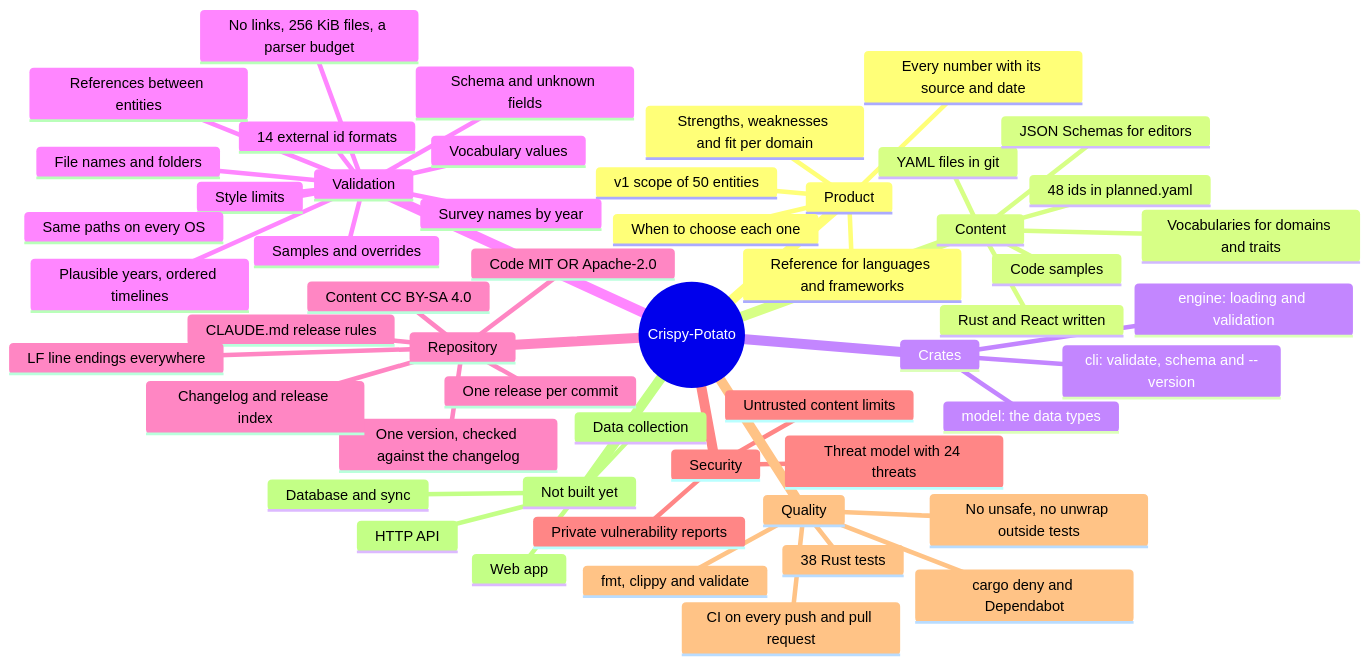
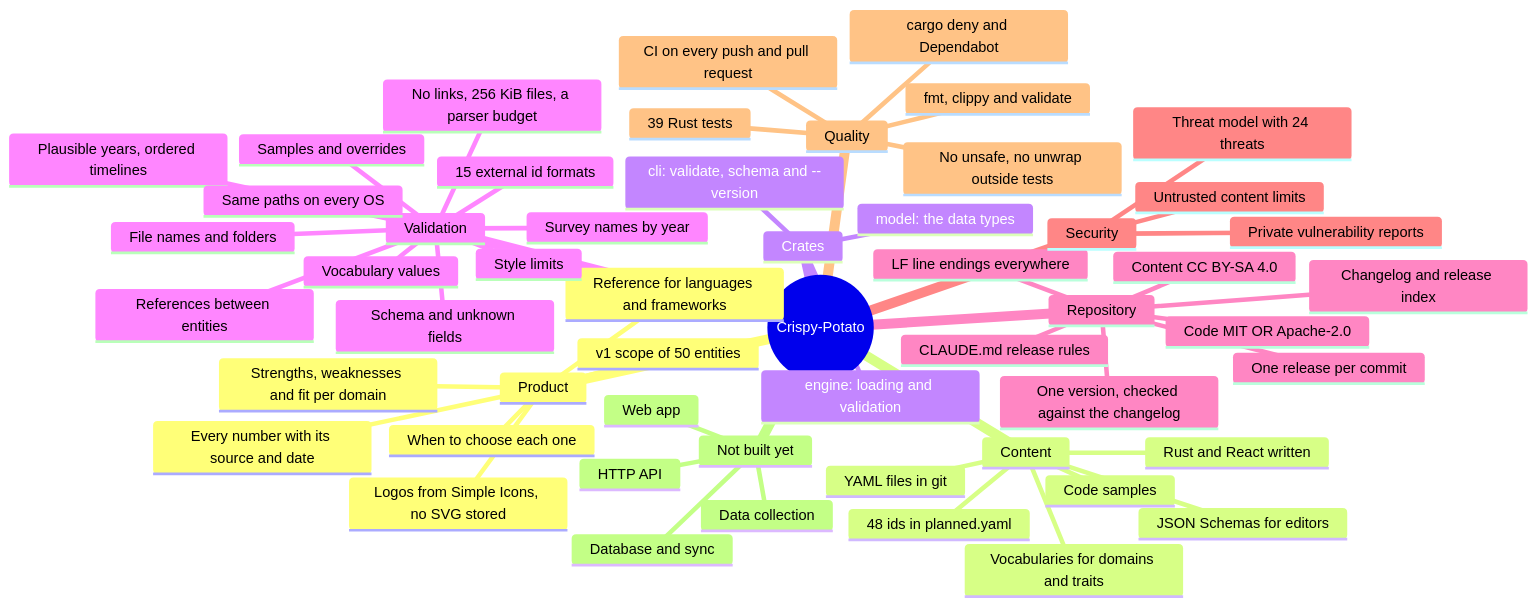
The first of 2 diagrams in docs/MINDMAP.md (winksen/Crispy-Potato), drawn with Mermaid before and after one commit. The commit also changed other lines of this file and 15 other files, not shown here.

````diff
--- a/docs/MINDMAP.md
+++ b/docs/MINDMAP.md
@@ -11,56 +11,57 @@
 ```mermaid
 mindmap
   root((Crispy-Potato))
     Product
       Reference for languages and frameworks
       Strengths, weaknesses and fit per domain
       When to choose each one
       Every number with its source and date
+      Logos from Simple Icons, no SVG stored
       v1 scope of 50 entities
     Content
       YAML files in git
       JSON Schemas for editors
       Rust and React written
       48 ids in planned.yaml
       Vocabularies for domains and traits
       Code samples
     Crates
       model: the data types
       engine: loading and validation
       cli: validate, schema and --version
     Validation
       Schema and unknown fields
-      14 external id formats
+      15 external id formats
       Survey names by year
       Plausible years, ordered timelines
       File names and folders
       Vocabulary values
       References between entities
       Style limits
       Samples and overrides
       Same paths on every OS
       No links, 256 KiB files, a parser budget
     Repository
       Code MIT OR Apache-2.0
       Content CC BY-SA 4.0
       One release per commit
       One version, checked against the changelog
       Changelog and release index
       CLAUDE.md release rules
       LF line endings everywhere
     Security
       Threat model with 24 threats
       Untrusted content limits
       Private vulnerability reports
     Quality
-      38 Rust tests
+      39 Rust tests
       fmt, clippy and validate
       No unsafe, no unwrap outside tests
       CI on every push and pull request
       cargo deny and Dependabot
     Not built yet
       Database and sync
       Data collection
       HTTP API
       Web app
 ```
````
